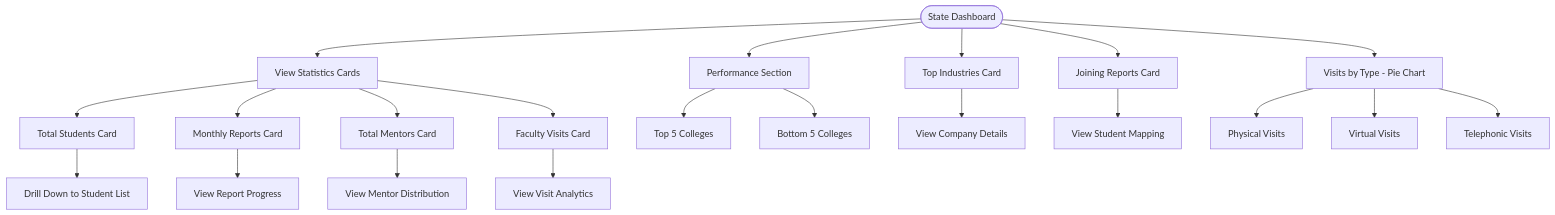
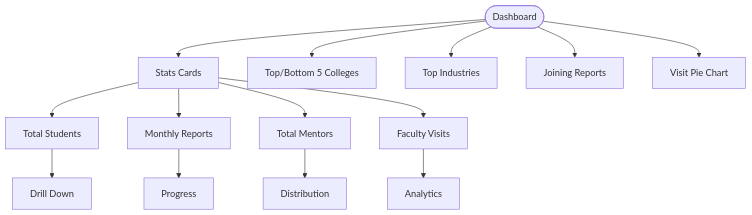
Before and after one commit to gunjangupta-gh/placeintern: the seventh of 58 diagrams in INTERNSHIP_PORTAL_FLOW_DIAGRAMS.md, drawn with Mermaid. The commit also changed other lines of this file and 6 other files, not shown here.

````diff
--- a/INTERNSHIP_PORTAL_FLOW_DIAGRAMS.md
+++ b/INTERNSHIP_PORTAL_FLOW_DIAGRAMS.md
@@ -245,29 +134,12 @@
 ```mermaid
 flowchart TD
-    STATE_DASH([State Dashboard]) --> STATS[View Statistics Cards]
-
-    STATS --> TOTAL_STUDENTS[Total Students Card]
-    STATS --> MONTHLY_REPORTS[Monthly Reports Card]
-    STATS --> TOTAL_MENTORS[Total Mentors Card]
-    STATS --> FACULTY_VISITS[Faculty Visits Card]
-
-    TOTAL_STUDENTS --> DRILL_DOWN1[Drill Down to Student List]
-    MONTHLY_REPORTS --> DRILL_DOWN2[View Report Progress]
-    TOTAL_MENTORS --> DRILL_DOWN3[View Mentor Distribution]
-    FACULTY_VISITS --> DRILL_DOWN4[View Visit Analytics]
-
-    STATE_DASH --> PERFORMERS[Performance Section]
-    PERFORMERS --> TOP5[Top 5 Colleges]
-    PERFORMERS --> BOTTOM5[Bottom 5 Colleges]
-
-    STATE_DASH --> INDUSTRIES[Top Industries Card]
-    INDUSTRIES --> VIEW_COMPANIES[View Company Details]
-
-    STATE_DASH --> JOINING[Joining Reports Card]
-    JOINING --> VIEW_MAPPING[View Student Mapping]
-
-    STATE_DASH --> VISIT_PIE[Visits by Type - Pie Chart]
-    VISIT_PIE --> PHYSICAL[Physical Visits]
-    VISIT_PIE --> VIRTUAL[Virtual Visits]
-    VISIT_PIE --> TELEPHONIC[Telephonic Visits]
+    A([Dashboard])-->B[Stats Cards]
+    B-->C[Total Students]-->C1[Drill Down]
+    B-->D[Monthly Reports]-->D1[Progress]
+    B-->E[Total Mentors]-->E1[Distribution]
+    B-->F[Faculty Visits]-->F1[Analytics]
+    A-->G[Top/Bottom 5 Colleges]
+    A-->H[Top Industries]
+    A-->I[Joining Reports]
+    A-->J[Visit Pie Chart]
 ```
````
